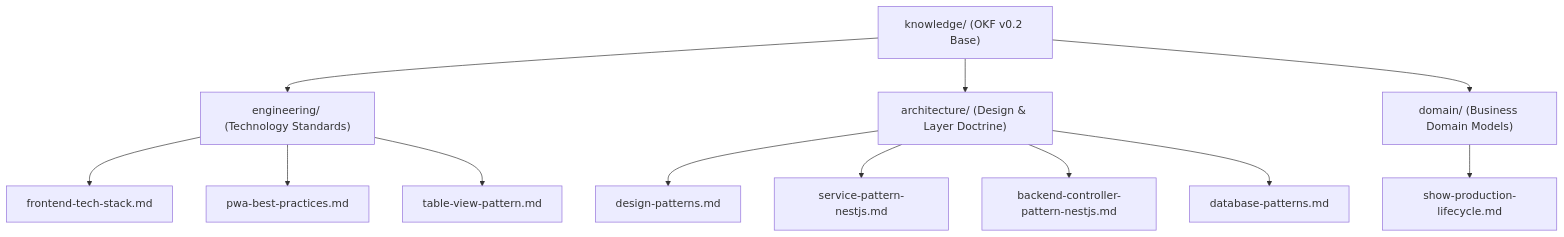
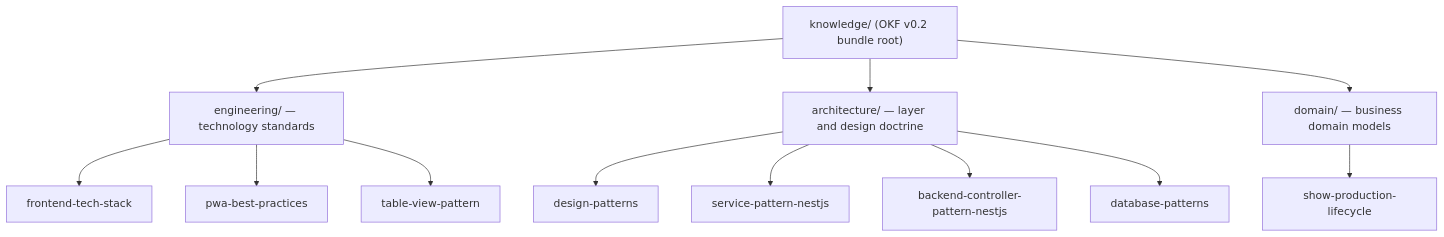
The diagram in knowledge/index.md (allenlin90/eridu-services), drawn with Mermaid before and after one commit. The commit also changed other lines of this file and 32 other files, not shown here.

````diff
--- a/knowledge/index.md
+++ b/knowledge/index.md
@@ -12,19 +22,19 @@
 ```mermaid
 graph TD
-    Root["knowledge/ (OKF v0.2 Base)"]
+    Root["knowledge/ (OKF v0.2 bundle root)"]
 
-    Root --> Eng["engineering/ (Technology Standards)"]
-    Root --> Arch["architecture/ (Design & Layer Doctrine)"]
-    Root --> Dom["domain/ (Business Domain Models)"]
+    Root --> Eng["engineering/ — technology standards"]
+    Root --> Arch["architecture/ — layer and design doctrine"]
+    Root --> Dom["domain/ — business domain models"]
 
-    Eng --> FE["frontend-tech-stack.md"]
-    Eng --> PWA["pwa-best-practices.md"]
-    Eng --> Table["table-view-pattern.md"]
+    Eng --> FE["frontend-tech-stack"]
+    Eng --> PWA["pwa-best-practices"]
+    Eng --> Table["table-view-pattern"]
 
-    Arch --> Pattern["design-patterns.md"]
-    Arch --> Service["service-pattern-nestjs.md"]
-    Arch --> Controller["backend-controller-pattern-nestjs.md"]
-    Arch --> DB["database-patterns.md"]
+    Arch --> Pattern["design-patterns"]
+    Arch --> Service["service-pattern-nestjs"]
+    Arch --> Controller["backend-controller-pattern-nestjs"]
+    Arch --> DB["database-patterns"]
 
-    Dom --> Show["show-production-lifecycle.md"]
+    Dom --> Show["show-production-lifecycle"]
 ```
````
